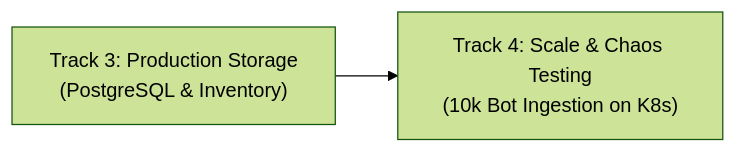
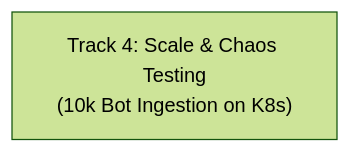
Before and after one commit to Jakousa/rust-server: the diagram in ROADMAP.md, drawn with Mermaid (forest theme). The commit also changed other lines of this file and 16 other files, not shown here.

Commit message:
feat(storage): implement distributed postgresql backend, account/inventory schema, and deadlock-free acid trading

````diff
--- a/ROADMAP.md
+++ b/ROADMAP.md
@@ -51,4 +57,4 @@
 ```mermaid
 flowchart LR
-    T3["Track 3: Production Storage\n(PostgreSQL & Inventory)"] --> T4["Track 4: Scale & Chaos Testing\n(10k Bot Ingestion on K8s)"]
+    T4["Track 4: Scale & Chaos Testing\n(10k Bot Ingestion on K8s)"]
 ```
````
